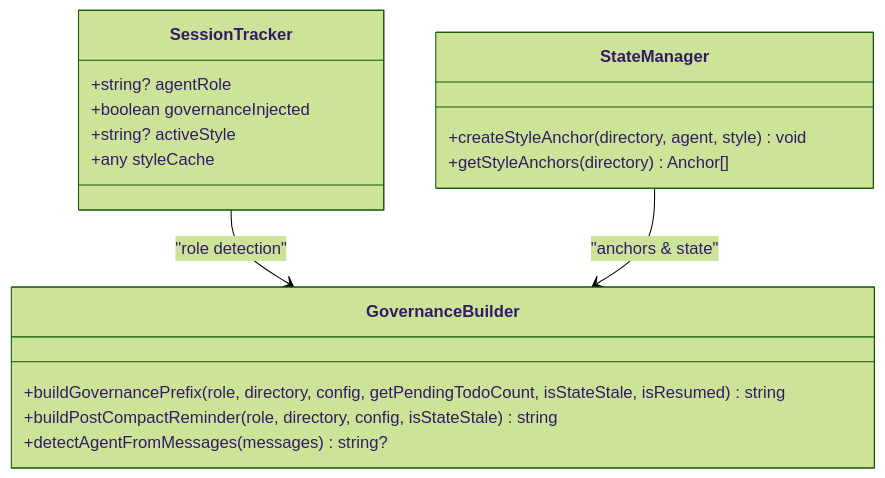
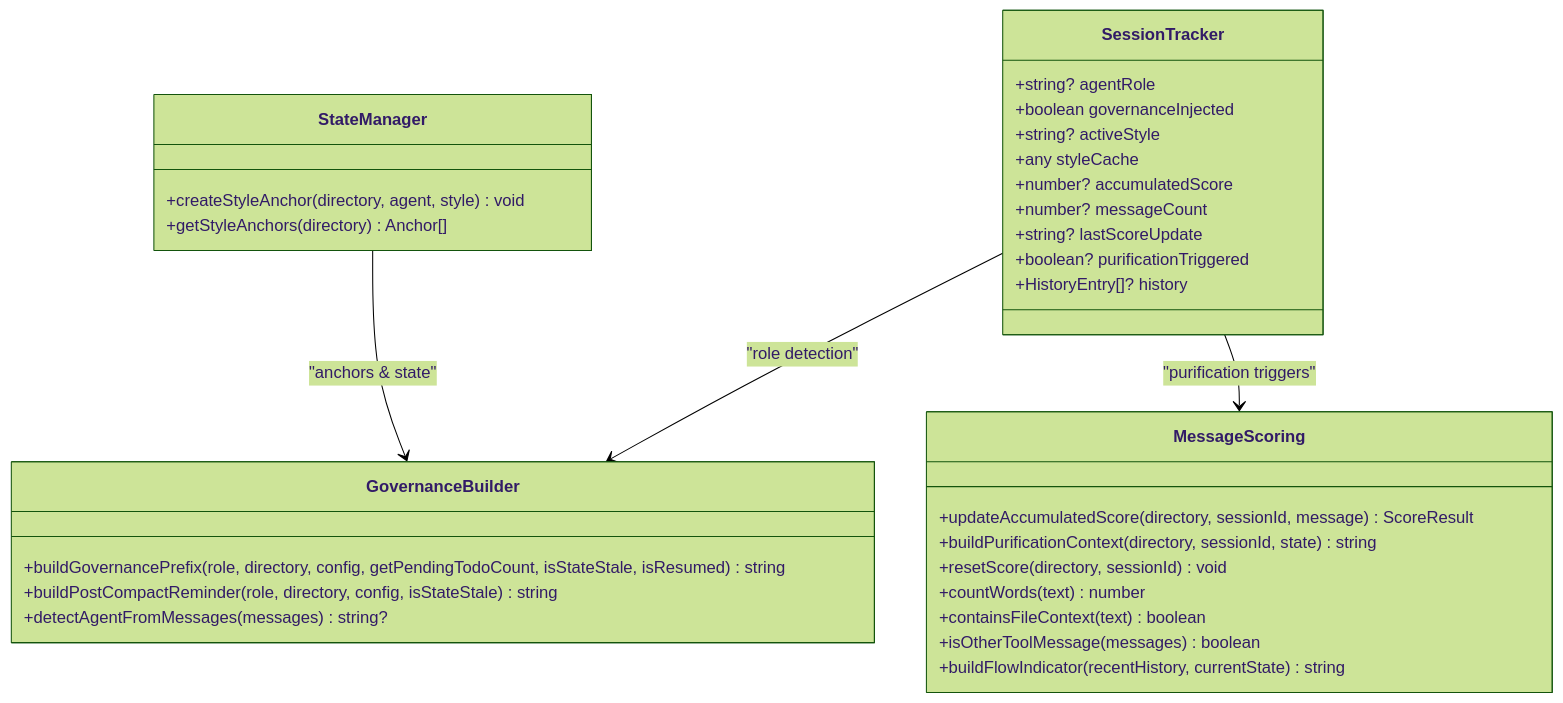
The sixth of 11 diagrams in .qoder/repowiki/en/content/API Reference/Plugin API/Message Transform Hooks.md (shynlee04/idumb-plugin), drawn with Mermaid (forest theme) before and after one commit. The commit also changed other lines of this file and 19 other files, not shown here.

````diff
--- a/.qoder/repowiki/en/content/API Reference/Plugin API/Message Transform Hooks.md
+++ b/.qoder/repowiki/en/content/API Reference/Plugin API/Message Transform Hooks.md
@@ -228,20 +344,35 @@
 ```mermaid
 classDiagram
 class SessionTracker {
 +string? agentRole
 +boolean governanceInjected
 +string? activeStyle
 +any styleCache
++number? accumulatedScore
++number? messageCount
++string? lastScoreUpdate
++boolean? purificationTriggered
++HistoryEntry[]? history
 }
 class GovernanceBuilder {
 +buildGovernancePrefix(role, directory, config, getPendingTodoCount, isStateStale, isResumed) string
 +buildPostCompactReminder(role, directory, config, isStateStale) string
 +detectAgentFromMessages(messages) string?
 }
+class MessageScoring {
++updateAccumulatedScore(directory, sessionId, message) ScoreResult
++buildPurificationContext(directory, sessionId, state) string
++resetScore(directory, sessionId) void
++countWords(text) number
++containsFileContext(text) boolean
++isOtherToolMessage(messages) boolean
++buildFlowIndicator(recentHistory, currentState) string
+}
 class StateManager {
 +createStyleAnchor(directory, agent, style) void
 +getStyleAnchors(directory) Anchor[]
 }
 SessionTracker --> GovernanceBuilder : "role detection"
+SessionTracker --> MessageScoring : "purification triggers"
 StateManager --> GovernanceBuilder : "anchors & state"
 ```
````
